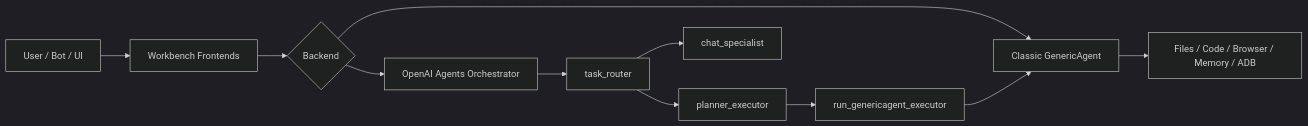
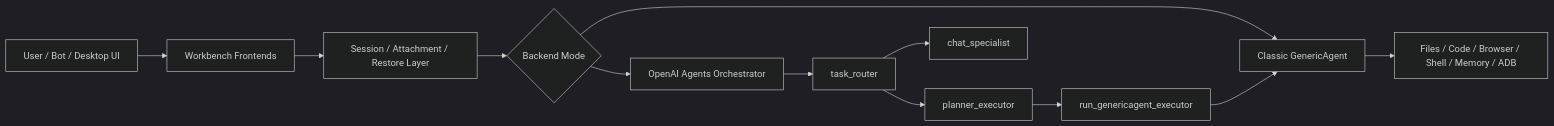
Before and after one commit to user141514/GenericAgent-Workbench: the diagram in README.md, drawn with Mermaid (dark theme). The commit also changed other lines of this file, not shown here.

````diff
--- a/README.md
+++ b/README.md
@@ -179,13 +383,14 @@
 ```mermaid
 flowchart LR
-    U["User / Bot / UI"] --> F["Workbench Frontends"]
-    F --> B{"Backend"}
+    U["User / Bot / Desktop UI"] --> F["Workbench Frontends"]
+    F --> S["Session / Attachment / Restore Layer"]
+    S --> B{"Backend Mode"}
     B --> G["Classic GenericAgent"]
     B --> O["OpenAI Agents Orchestrator"]
     O --> R["task_router"]
     R --> C["chat_specialist"]
     R --> P["planner_executor"]
     P --> E["run_genericagent_executor"]
     E --> G
-    G --> X["Files / Code / Browser / Memory / ADB"]
+    G --> X["Files / Code / Browser / Shell / Memory / ADB"]
 ```
````
